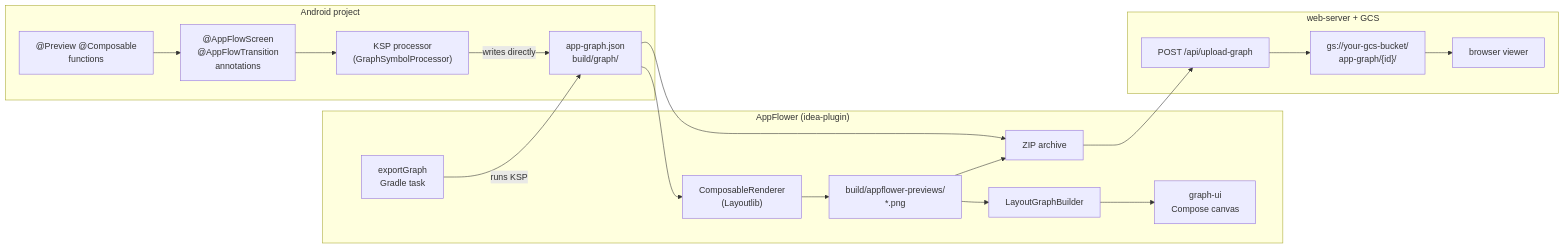
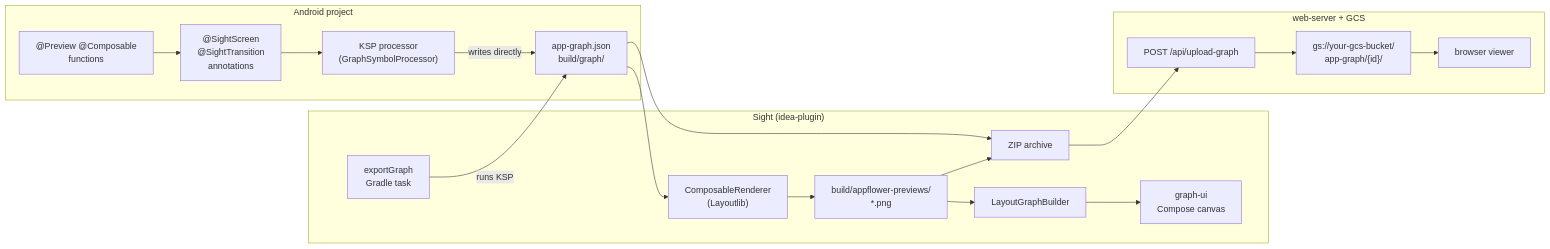
The diagram in CODE_REFERENCE.md (keymusicman/Sight), drawn with Mermaid before and after one commit. The commit also changed other lines of this file and 222 other files, not shown here.

````diff
--- a/CODE_REFERENCE.md
+++ b/CODE_REFERENCE.md
@@ -5,38 +5,38 @@
 ```mermaid
 flowchart LR
     subgraph android["Android project"]
         preview["@Preview @Composable\nfunctions"]
-        annot["@AppFlowScreen\n@AppFlowTransition\nannotations"]
+        annot["@SightScreen\n@SightTransition\nannotations"]
         ksp["KSP processor\n(GraphSymbolProcessor)"]
         json["app-graph.json\nbuild/graph/"]
     end
 
-    subgraph appflower["AppFlower (idea-plugin)"]
+    subgraph appflower["Sight (idea-plugin)"]
         trigger["exportGraph\nGradle task"]
         renderer["ComposableRenderer\n(Layoutlib)"]
         pngs["build/appflower-previews/\n*.png"]
         layout["LayoutGraphBuilder"]
         ui["graph-ui\nCompose canvas"]
         zip["ZIP archive"]
     end
 
     subgraph web["web-server + GCS"]
         upload["POST /api/upload-graph"]
         gcs["gs://your-gcs-bucket/\napp-graph/{id}/"]
         viewer["browser viewer"]
     end
 
     preview --> annot
     annot --> ksp
     ksp -->|"writes directly"| json
     trigger -->|"runs KSP"| json
     json --> renderer
     renderer --> pngs
     pngs --> layout
     layout --> ui
     pngs --> zip
     json --> zip
     zip --> upload
     upload --> gcs
     gcs --> viewer
 ```
````
